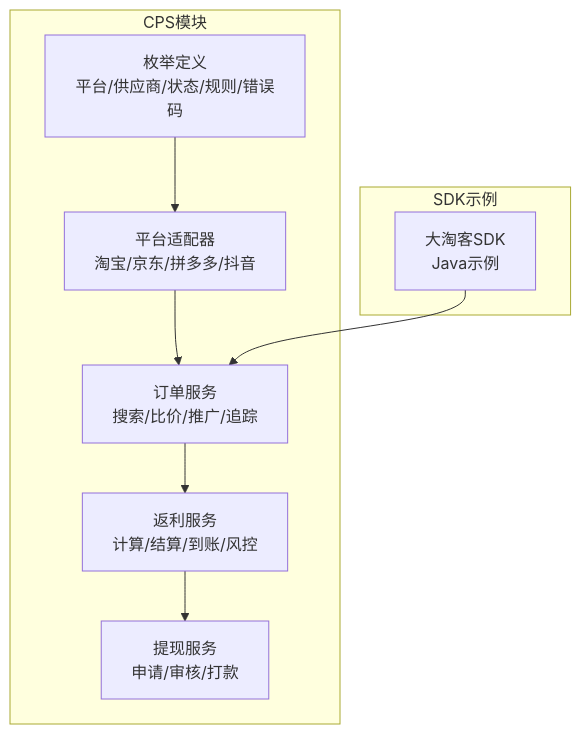
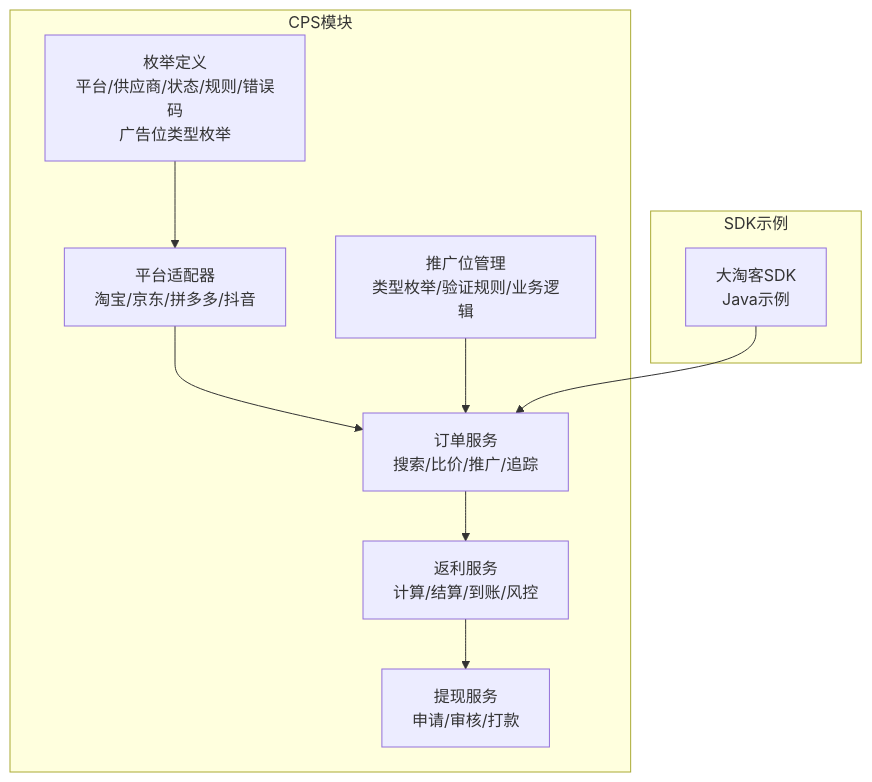
The first of 13 diagrams in .qoder/repowiki/zh/content/架构设计/模块设计/业务模块/CPS联盟返利模块.md (zhuangpengLI/AgenticCPS), drawn with Mermaid before and after one commit. The commit also changed other lines of this file and 5 other files, not shown here.

````diff
--- a/.qoder/repowiki/zh/content/架构设计/模块设计/业务模块/CPS联盟返利模块.md
+++ b/.qoder/repowiki/zh/content/架构设计/模块设计/业务模块/CPS联盟返利模块.md
@@ -45,18 +62,20 @@
 ```mermaid
 graph TB
 subgraph "CPS模块"
-ENUMS["枚举定义<br/>平台/供应商/状态/规则/错误码"]
+ENUMS["枚举定义<br/>平台/供应商/状态/规则/错误码<br/>广告位类型枚举"]
 ADAPTERS["平台适配器<br/>淘宝/京东/拼多多/抖音"]
 ORDERS["订单服务<br/>搜索/比价/推广/追踪"]
 REBATES["返利服务<br/>计算/结算/到账/风控"]
 WITHDRAW["提现服务<br/>申请/审核/打款"]
+ADZONE["推广位管理<br/>类型枚举/验证规则/业务逻辑"]
 end
 subgraph "SDK示例"
 DTOKE["大淘客SDK<br/>Java示例"]
 end
 ENUMS --> ADAPTERS
 ADAPTERS --> ORDERS
 ORDERS --> REBATES
 REBATES --> WITHDRAW
+ADZONE --> ORDERS
 DTOKE --> ORDERS
 ```
````
